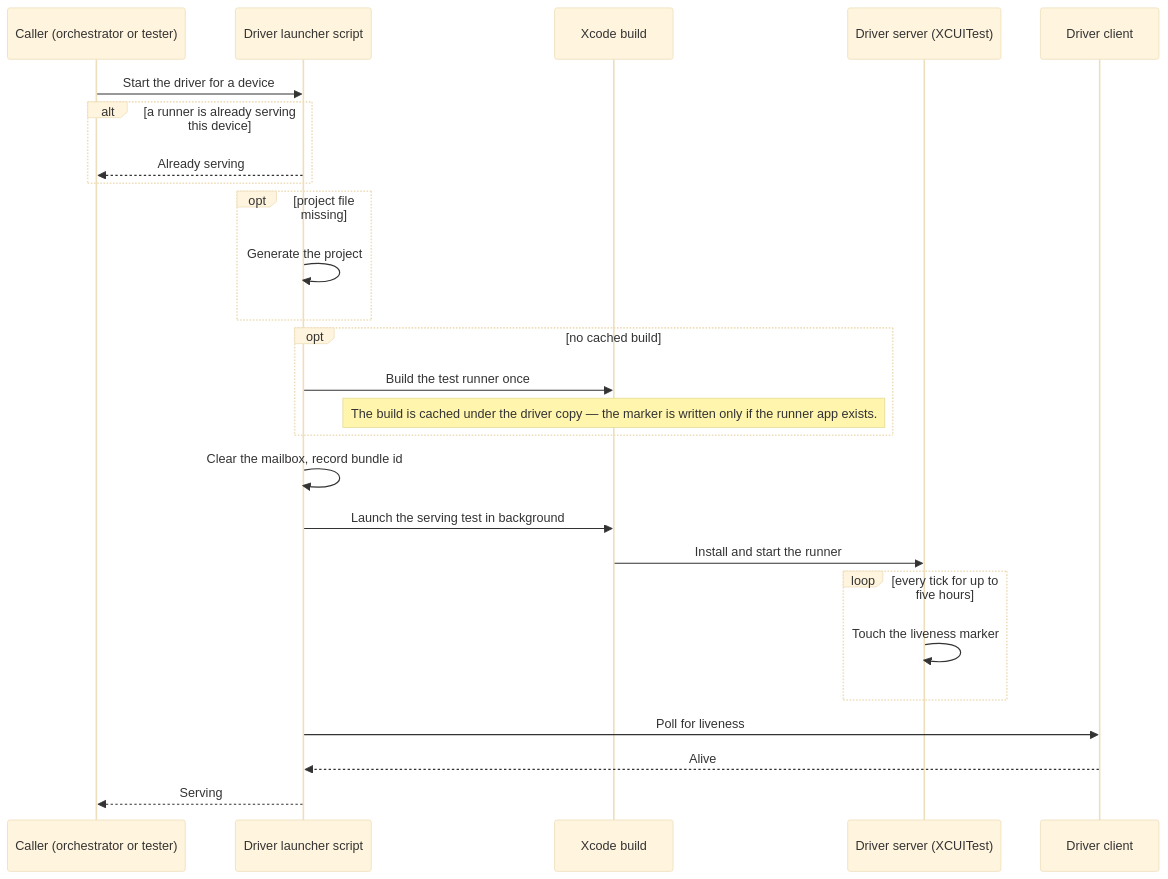
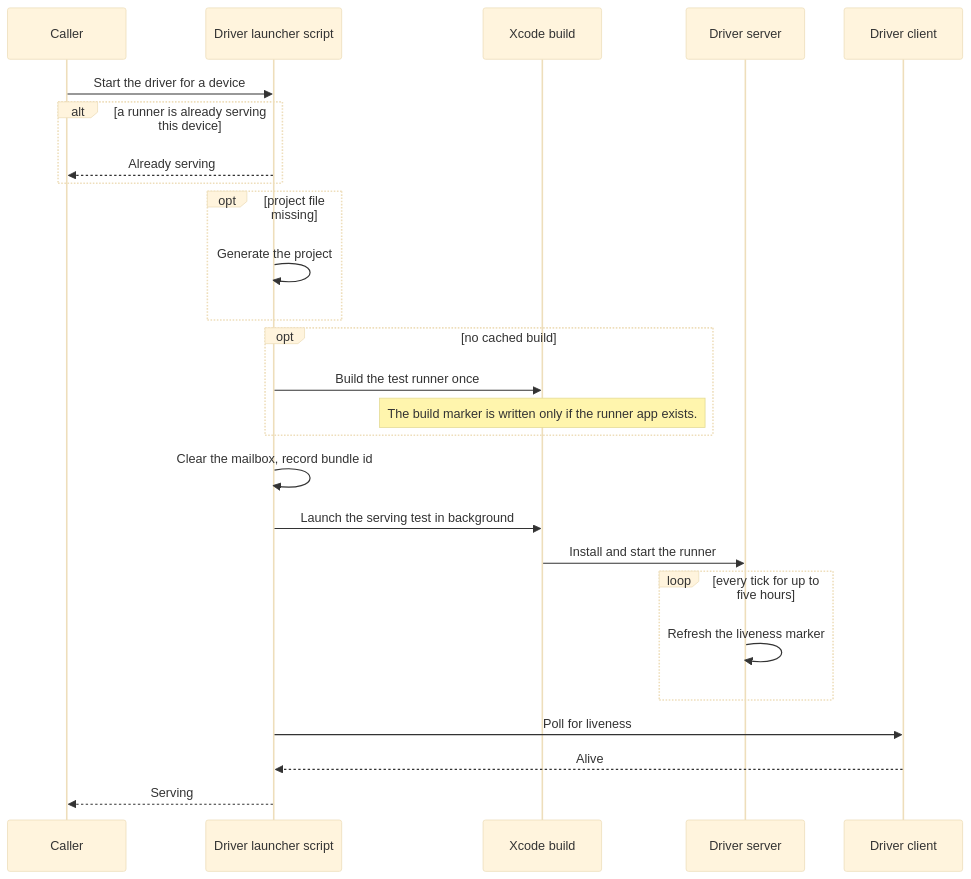
Before and after one commit to peterlit/quiller-claude-plugins: diagram 27 of 33 in docs/architecture/qa-loop-tools.md, drawn with Mermaid (base theme). The commit also changed other lines of this file and 5 other files, not shown here.

````diff
--- a/docs/architecture/qa-loop-tools.md
+++ b/docs/architecture/qa-loop-tools.md
@@ -739,28 +1122,28 @@
 ```mermaid
 sequenceDiagram
-    participant C as Caller (orchestrator or tester)
+    participant C as Caller
     participant LS as Driver launcher script
     participant X as Xcode build
-    participant DS as Driver server (XCUITest)
+    participant DS as Driver server
     participant DC as Driver client
     C->>LS: Start the driver for a device
     alt a runner is already serving this device
         LS-->>C: Already serving
     end
     opt project file missing
         LS->>LS: Generate the project
     end
     opt no cached build
         LS->>X: Build the test runner once
-        Note over X: The build is cached under the driver copy — the marker is written only if the runner app exists.
+        Note over X: The build marker is written only if the runner app exists.
     end
     LS->>LS: Clear the mailbox, record bundle id
     LS->>X: Launch the serving test in background
     X->>DS: Install and start the runner
     loop every tick for up to five hours
-        DS->>DS: Touch the liveness marker
+        DS->>DS: Refresh the liveness marker
     end
     LS->>DC: Poll for liveness
     DC-->>LS: Alive
     LS-->>C: Serving
 ```
````
